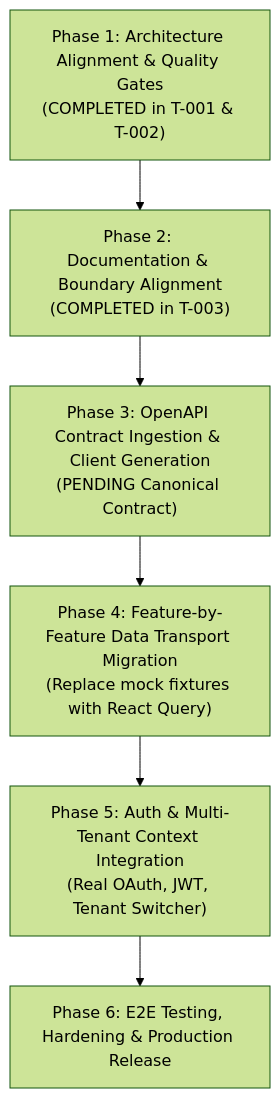
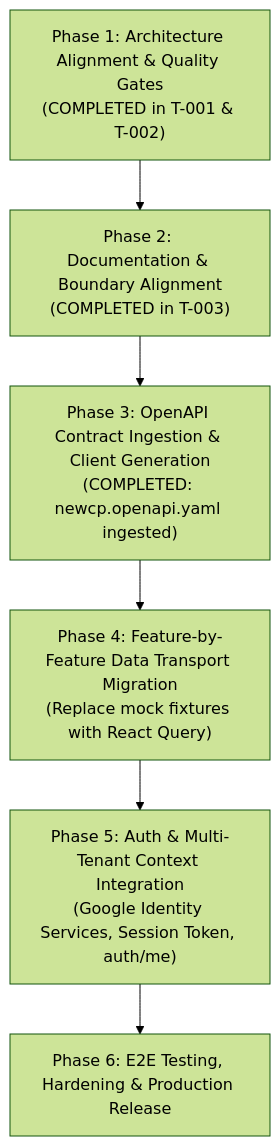
Before and after one commit to Abdo2000-1/newcp-ui-option-a: the diagram in docs/01_PROJECT/architecture.md, drawn with Mermaid (forest theme). The commit also changed other lines of this file and 11 other files, not shown here.

````diff
--- a/docs/01_PROJECT/architecture.md
+++ b/docs/01_PROJECT/architecture.md
@@ -151,8 +151,8 @@
 ```mermaid
 flowchart TD
     P1["Phase 1: Architecture Alignment & Quality Gates<br/>(COMPLETED in T-001 & T-002)"] --> P2["Phase 2: Documentation & Boundary Alignment<br/>(COMPLETED in T-003)"]
-    P2 --> P3["Phase 3: OpenAPI Contract Ingestion & Client Generation<br/>(PENDING Canonical Contract)"]
+    P2 --> P3["Phase 3: OpenAPI Contract Ingestion & Client Generation<br/>(COMPLETED: newcp.openapi.yaml ingested)"]
     P3 --> P4["Phase 4: Feature-by-Feature Data Transport Migration<br/>(Replace mock fixtures with React Query)"]
-    P4 --> P5["Phase 5: Auth & Multi-Tenant Context Integration<br/>(Real OAuth, JWT, Tenant Switcher)"]
+    P4 --> P5["Phase 5: Auth & Multi-Tenant Context Integration<br/>(Google Identity Services, Session Token, auth/me)"]
     P5 --> P6["Phase 6: E2E Testing, Hardening & Production Release"]
 ```
````
